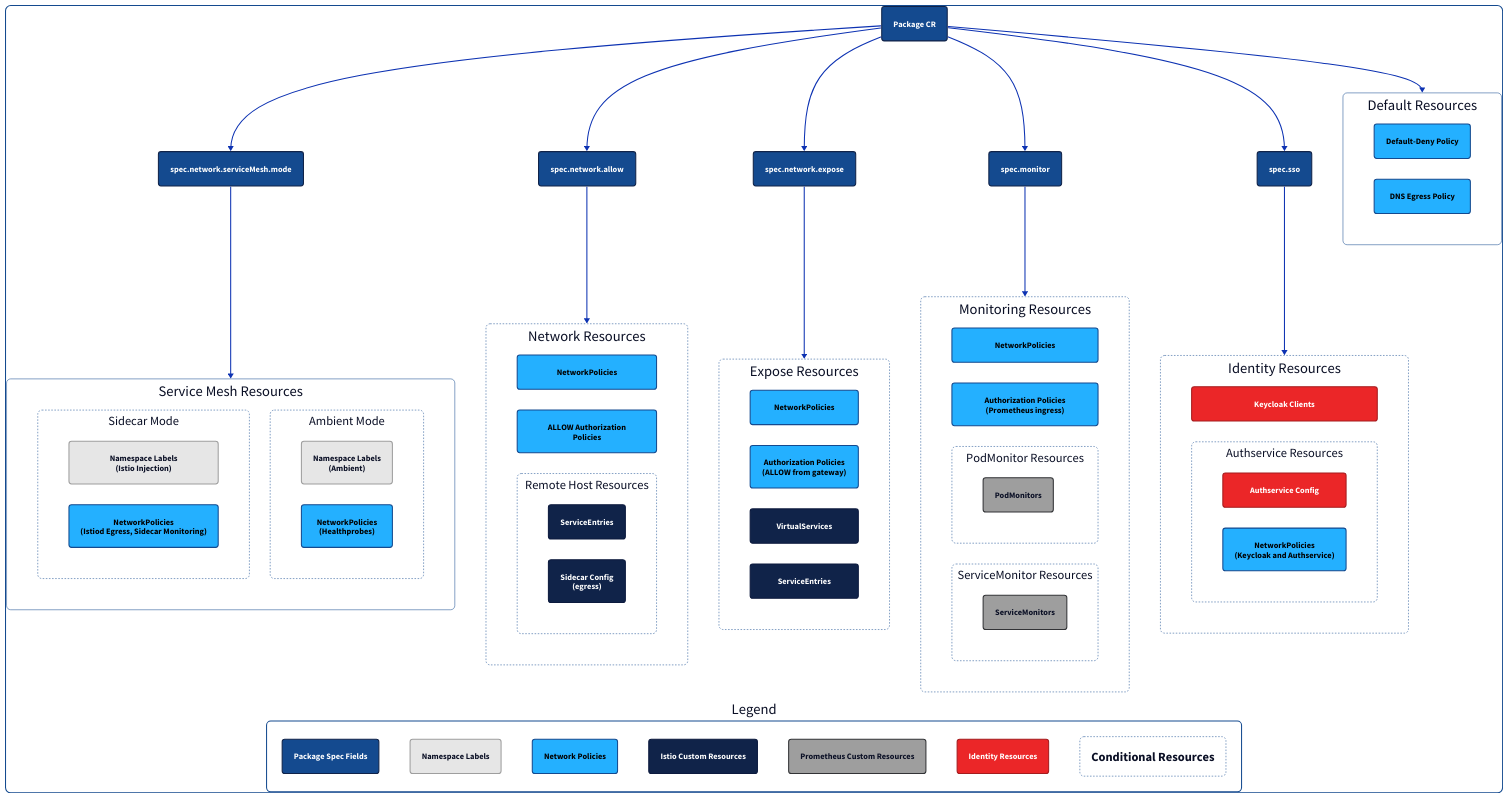
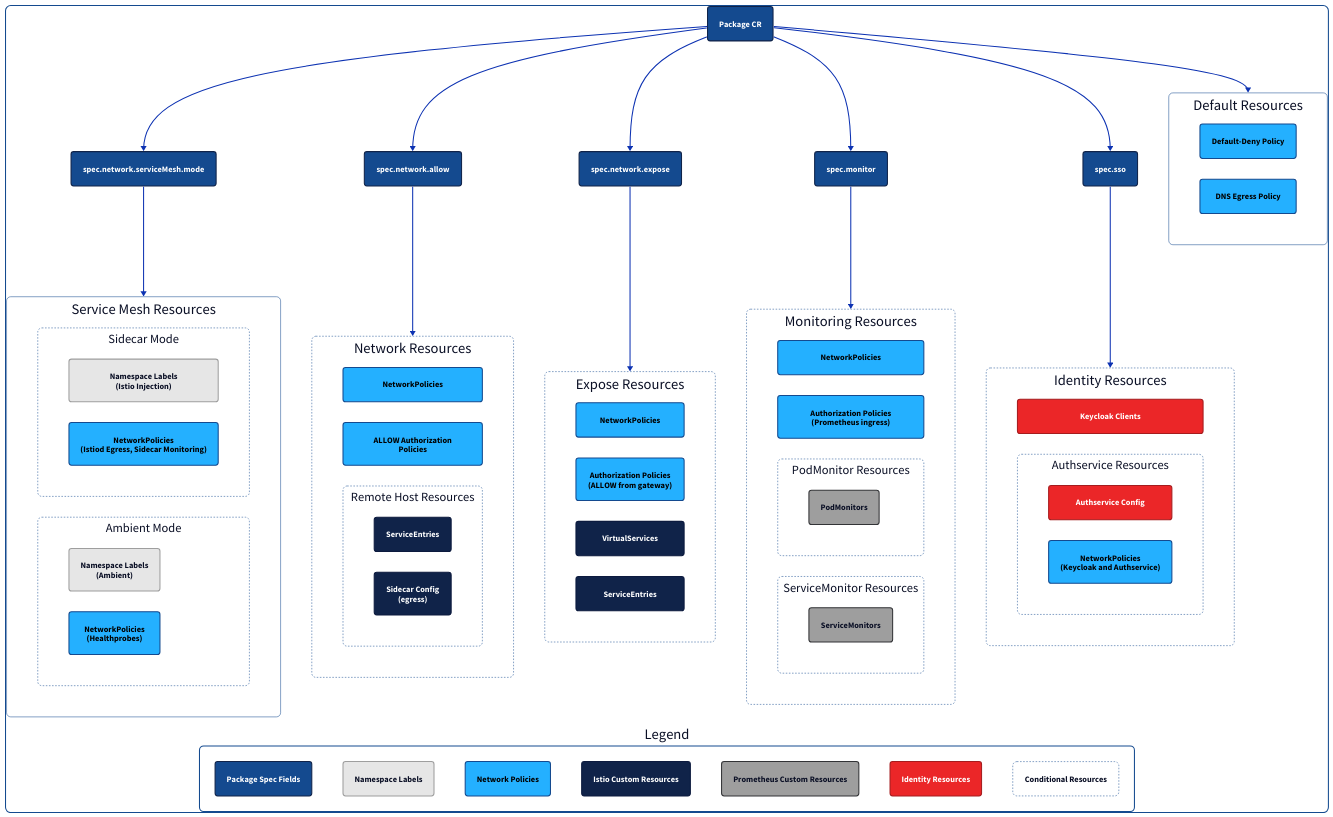
One commit to defenseunicorns/uds-core changed the diagram in docs/.images/diagrams/operator-resource-tree.d2. Above: the diagram before and after it, drawn with D2. The commit also changed 1 other file, not shown here.

```diff
--- a/docs/.images/diagrams/operator-resource-tree.d2
+++ b/docs/.images/diagrams/operator-resource-tree.d2
@@ -137,8 +137,6 @@
 ServiceMeshResources: {
   label: "Service Mesh Resources"
   class: containerNoDash
-  direction: down
-  grid-columns: 2
 
   SidecarResources: {
     label: "Sidecar Mode"
@@ -273,7 +271,6 @@
   PodMonitorResources: {
     label: "PodMonitor Resources"
     class: container
-    direction: down
 
     PodMonitors: {
       label: "PodMonitors"
@@ -284,7 +281,6 @@
   ServiceMonitorResources: {
     label: "ServiceMonitor Resources"
     class: container
-    direction: down
 
     ServiceMonitors: {
       label: "ServiceMonitors"
@@ -310,7 +306,7 @@
   L4: {label: "Istio Custom Resources"; class: istioResource}
   L5: {label: "Prometheus Custom Resources"; class: monitorResource}
   L6: {label: "Identity Resources"; class: authResource}
-  L7: {label: "Conditional Resources"; class: container}
+  L7: {label: "Conditional Resources"; class: container; style.font-size: 16}
 
   near: "bottom-center"
 }
```
